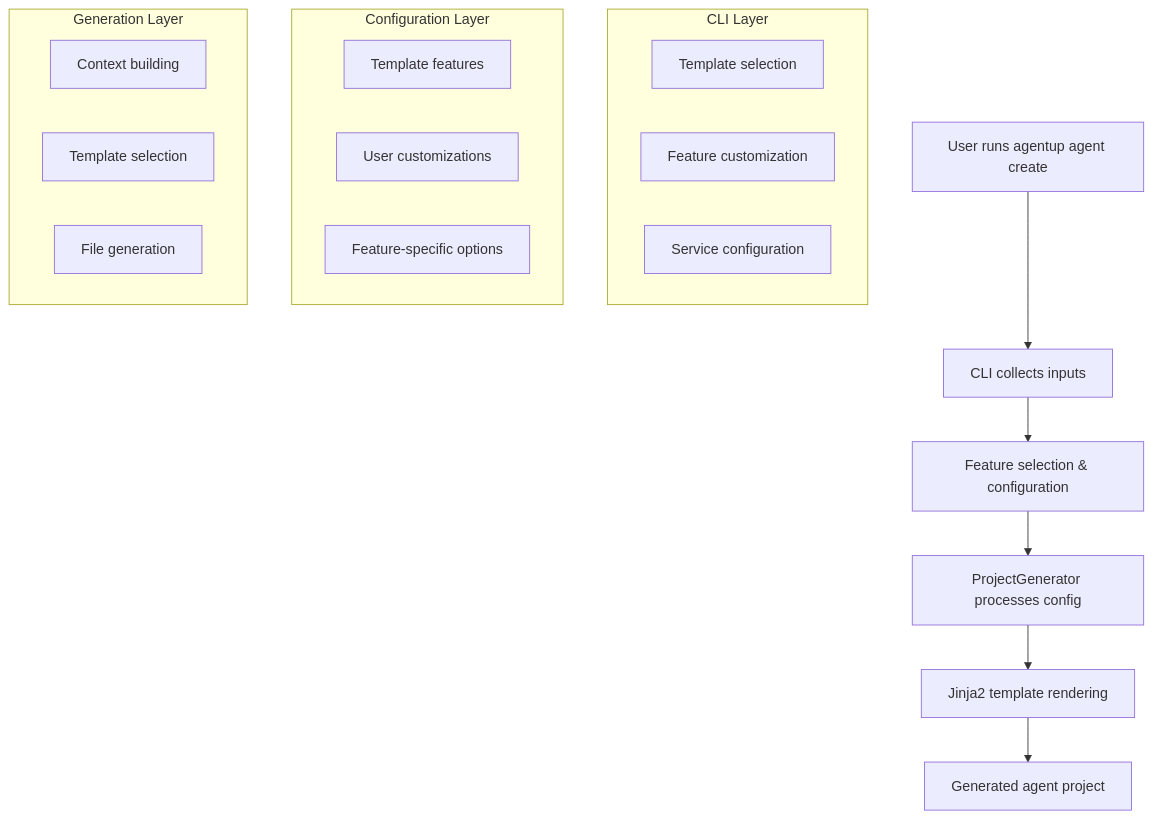
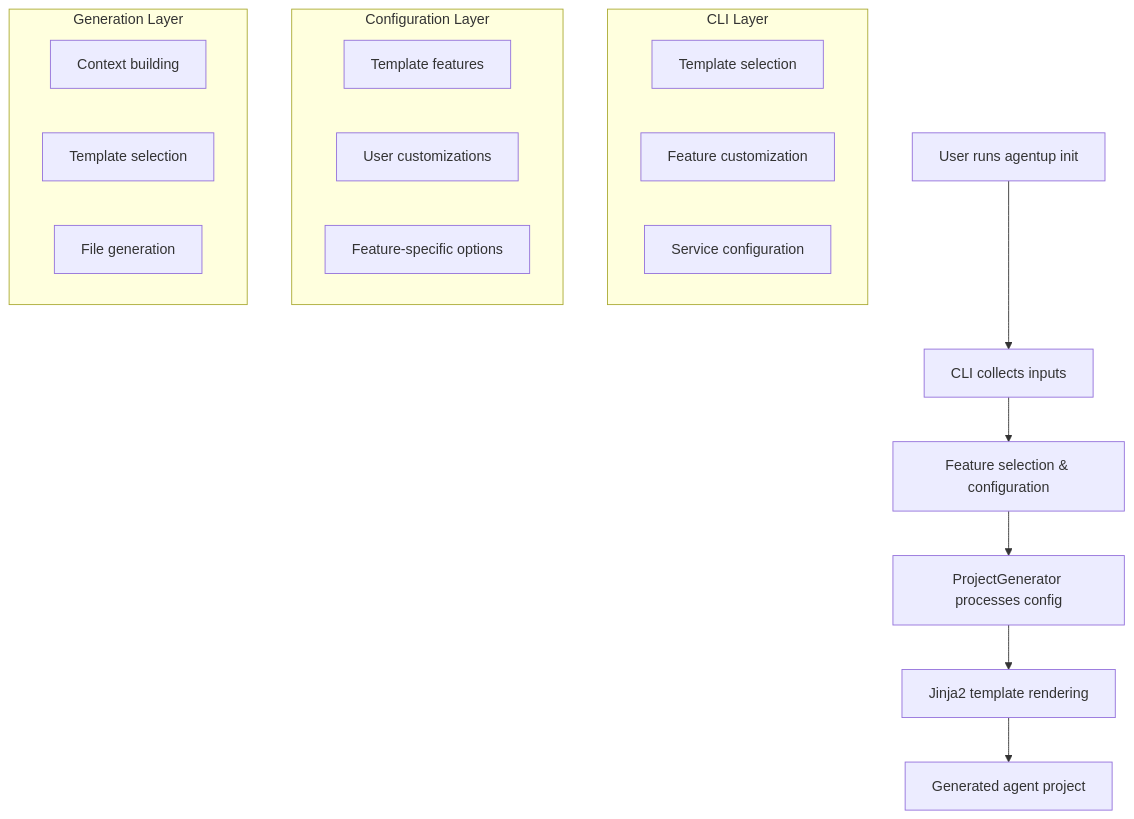
One commit to SequeI/AgentUp changed the diagram in docs/agentup-development/customization.md. Above: the diagram before and after it, drawn with Mermaid. The commit also changed other lines of this file and 24 other files, not shown here.

````diff
--- a/docs/agentup-development/customization.md
+++ b/docs/agentup-development/customization.md
@@ -20,26 +20,26 @@
 ```mermaid
 graph TD
-    A[User runs agentup agent create] --> B[CLI collects inputs]
+    A[User runs agentup init] --> B[CLI collects inputs]
     B --> C[Feature selection & configuration]
     C --> D[ProjectGenerator processes config]
     D --> E[Jinja2 template rendering]
     E --> F[Generated agent project]
     
     subgraph "CLI Layer"
         B1[Template selection]
         B2[Feature customization]
         B3[Service configuration]
     end
     
     subgraph "Configuration Layer"
         C1[Template features]
         C2[User customizations]
         C3[Feature-specific options]
     end
     
     subgraph "Generation Layer"
         D1[Context building]
         D2[Template selection]
         D3[File generation]
     end
 ```
````
